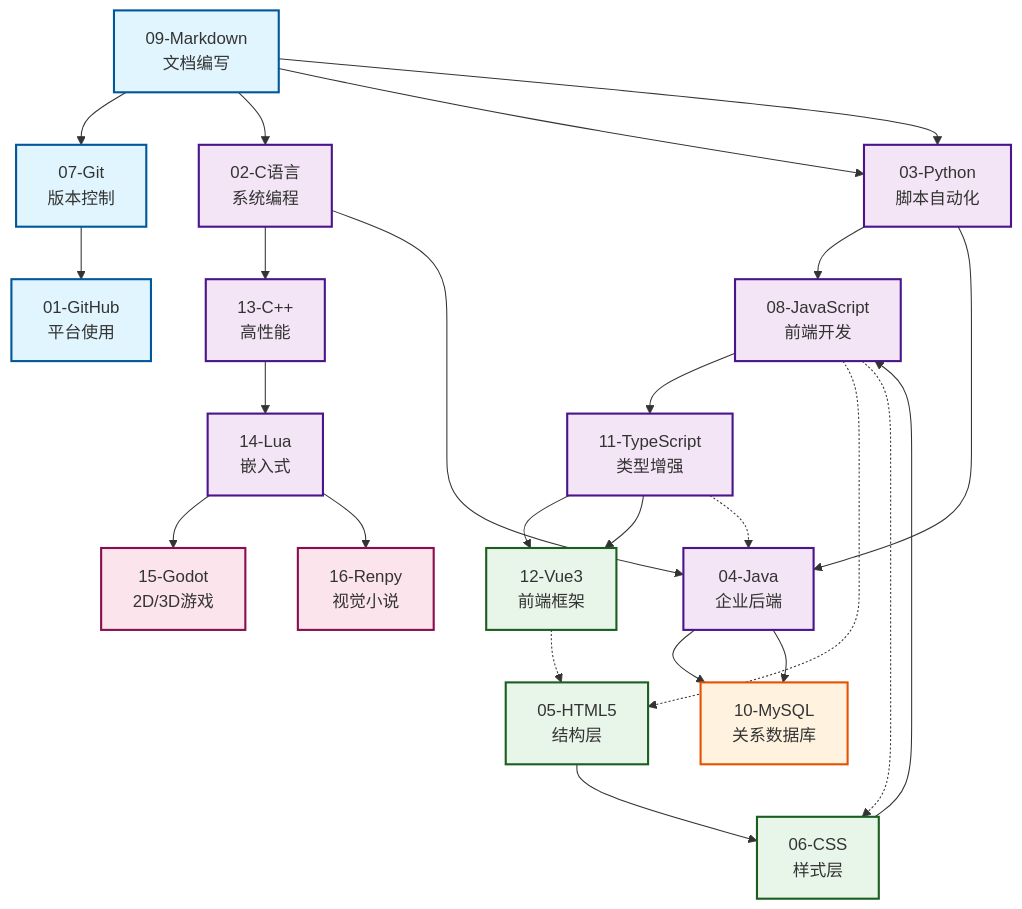
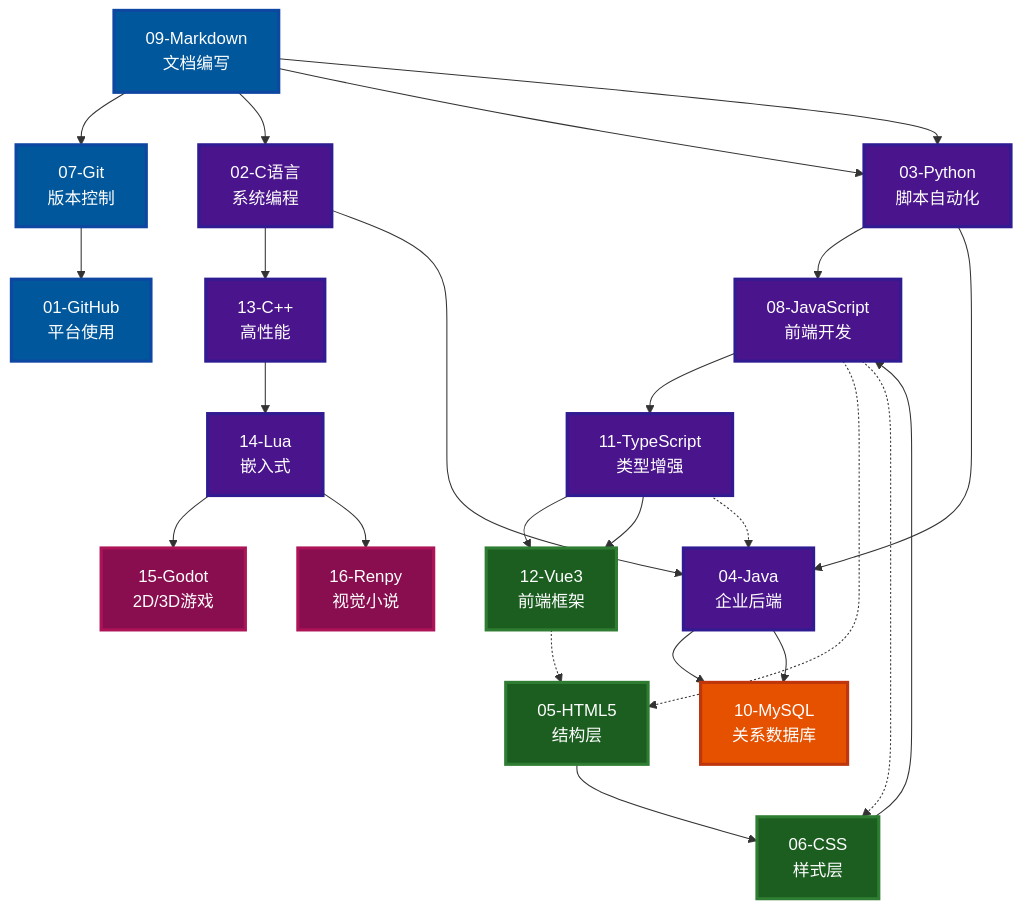
The first of 4 diagrams in README.md (fanquanpp/MyNotebook), drawn with Mermaid before and after one commit. The commit also changed other lines of this file and 213 other files, not shown here.

````diff
--- a/README.md
+++ b/README.md
@@ -169,55 +169,55 @@
 ```mermaid
 graph TB
-    M["09-Markdown<br/>文档编写"]
-    G["07-Git<br/>版本控制"]
-    GH["01-GitHub<br/>平台使用"]
+    M["09-Markdown<br/>文档编写"]:::foundation
+    G["07-Git<br/>版本控制"]:::foundation
+    GH["01-GitHub<br/>平台使用"]:::foundation
 
-    C["02-C语言<br/>系统编程"]
-    Py["03-Python<br/>脚本自动化"]
-    JS["08-JavaScript<br/>前端开发"]
-    TS["11-TypeScript<br/>类型增强"]
-    J["04-Java<br/>企业后端"]
-    CPP["13-C++<br/>高性能"]
-    Lua["14-Lua<br/>嵌入式"]
+    C["02-C语言<br/>系统编程"]:::language
+    Py["03-Python<br/>脚本自动化"]:::language
+    JS["08-JavaScript<br/>前端开发"]:::language
+    TS["11-TypeScript<br/>类型增强"]:::language
+    J["04-Java<br/>企业后端"]:::language
+    CPP["13-C++<br/>高性能"]:::language
+    Lua["14-Lua<br/>嵌入式"]:::language
 
-    H["05-HTML5<br/>结构层"]
-    CSS["06-CSS<br/>样式层"]
-    Vue["12-Vue3<br/>前端框架"]
+    H["05-HTML5<br/>结构层"]:::web
+    CSS["06-CSS<br/>样式层"]:::web
+    Vue["12-Vue3<br/>前端框架"]:::web
 
-    DB["10-MySQL<br/>关系数据库"]
+    DB["10-MySQL<br/>关系数据库"]:::data
 
-    Godot["15-Godot<br/>2D/3D游戏"]
-    Renpy["16-Renpy<br/>视觉小说"]
+    Godot["15-Godot<br/>2D/3D游戏"]:::game
+    Renpy["16-Renpy<br/>视觉小说"]:::game
 
     M --> G --> GH
 
     M --> C --> CPP --> Lua
     M --> Py --> JS --> TS --> Vue
     M --> Py --> J --> DB
     C --> J
 
     H --> CSS --> JS
     TS --> Vue
 
     J --> DB
 
     Lua --> Godot
     Lua --> Renpy
 
     JS -.-> H
     JS -.-> CSS
     TS -.-> J
     Vue -.-> H
 
-    classDef foundation fill:#e1f5fe,stroke:#01579b,stroke-width:2px
-    classDef language fill:#f3e5f5,stroke:#4a148c,stroke-width:2px
-    classDef web fill:#e8f5e9,stroke:#1b5e20,stroke-width:2px
-    classDef data fill:#fff3e0,stroke:#e65100,stroke-width:2px
-    classDef game fill:#fce4ec,stroke:#880e4f,stroke-width:2px
+    classDef foundation fill:#01579b,stroke:#0d47a1,stroke-width:3px,color:#ffffff
+    classDef language fill:#4a148c,stroke:#311b92,stroke-width:3px,color:#ffffff
+    classDef web fill:#1b5e20,stroke:#2e7d32,stroke-width:3px,color:#ffffff
+    classDef data fill:#e65100,stroke:#bf360c,stroke-width:3px,color:#ffffff
+    classDef game fill:#880e4f,stroke:#ad1457,stroke-width:3px,color:#ffffff
 
     class M,G,GH foundation
     class C,Py,JS,TS,J,CPP,Lua language
     class H,CSS,Vue web
     class DB data
     class Godot,Renpy game
 ```
````
